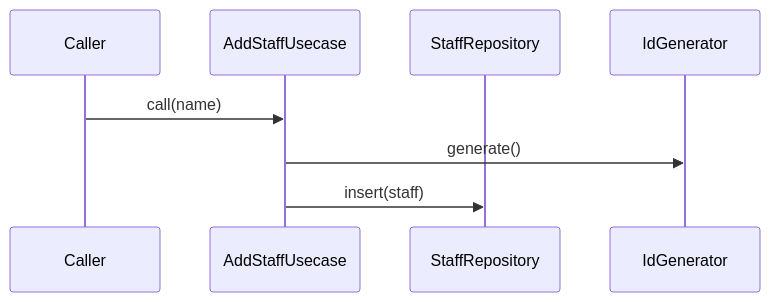
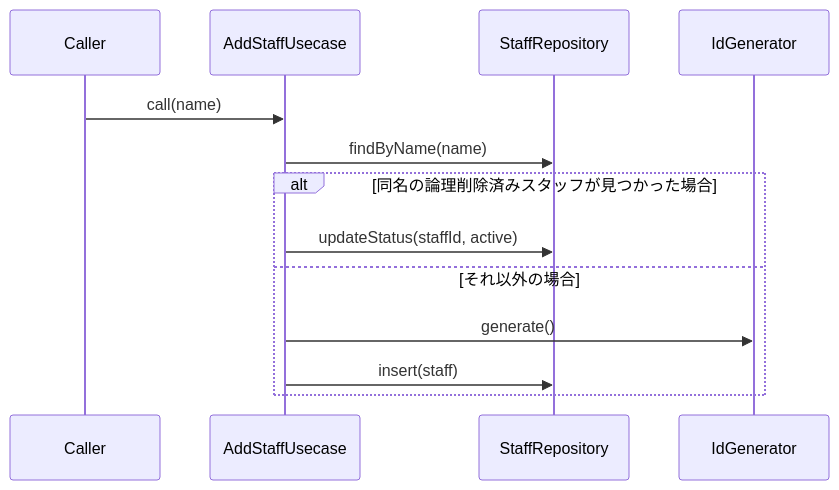
Before and after one commit to MinamiyamaKotaro/m3_pad: the diagram in docs/design/lib/src/features/voucher/domain/usecases/add_staff_usecase.md, drawn with Mermaid. The commit also changed other lines of this file and 24 other files, not shown here.

````diff
--- a/docs/design/lib/src/features/voucher/domain/usecases/add_staff_usecase.md
+++ b/docs/design/lib/src/features/voucher/domain/usecases/add_staff_usecase.md
@@ -13,11 +14,16 @@
 ```mermaid
 sequenceDiagram
     participant C as Caller
     participant U as AddStaffUsecase
     participant SR as StaffRepository
     participant G as IdGenerator
 
     C->>U: call(name)
-    U->>G: generate()
-    U->>SR: insert(staff)
+    U->>SR: findByName(name)
+    alt 同名の論理削除済みスタッフが見つかった場合
+        U->>SR: updateStatus(staffId, active)
+    else それ以外の場合
+        U->>G: generate()
+        U->>SR: insert(staff)
+    end
 ```
````
